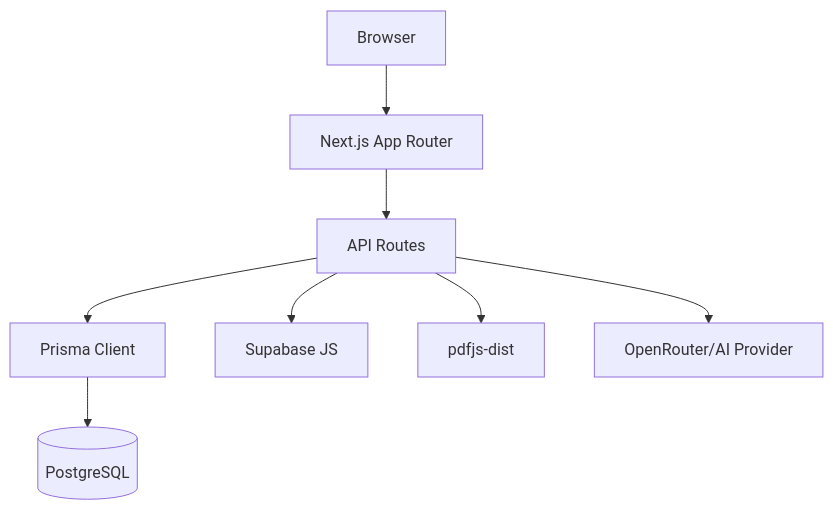
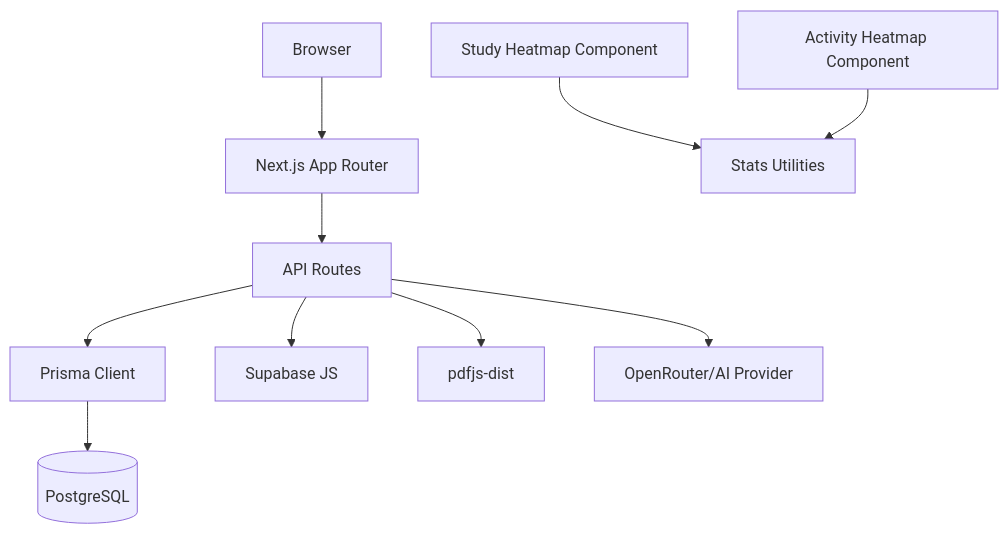
Before and after one commit to nitish-niraj/cumathassignment: the second of 10 diagrams in .qoder/repowiki/en/content/Advanced Topics/Performance Optimization and Tuning.md, drawn with Mermaid. The commit also changed other lines of this file and 11 other files, not shown here.

````diff
--- a/.qoder/repowiki/en/content/Advanced Topics/Performance Optimization and Tuning.md
+++ b/.qoder/repowiki/en/content/Advanced Topics/Performance Optimization and Tuning.md
@@ -135,18 +165,22 @@
 ```mermaid
 graph TB
 Client["Browser"]
 NextApp["Next.js App Router"]
 API["API Routes"]
 Prisma["Prisma Client"]
 DB[("PostgreSQL")]
 Supabase["Supabase JS"]
 PDFJS["pdfjs-dist"]
 AI["OpenRouter/AI Provider"]
+StudyHM["Study Heatmap Component"]
+ActivityHM["Activity Heatmap Component"]
 Client --> NextApp
 NextApp --> API
 API --> Prisma
 Prisma --> DB
 API --> Supabase
 API --> PDFJS
 API --> AI
+StudyHM --> Stats["Stats Utilities"]
+ActivityHM --> Stats
 ```
````
